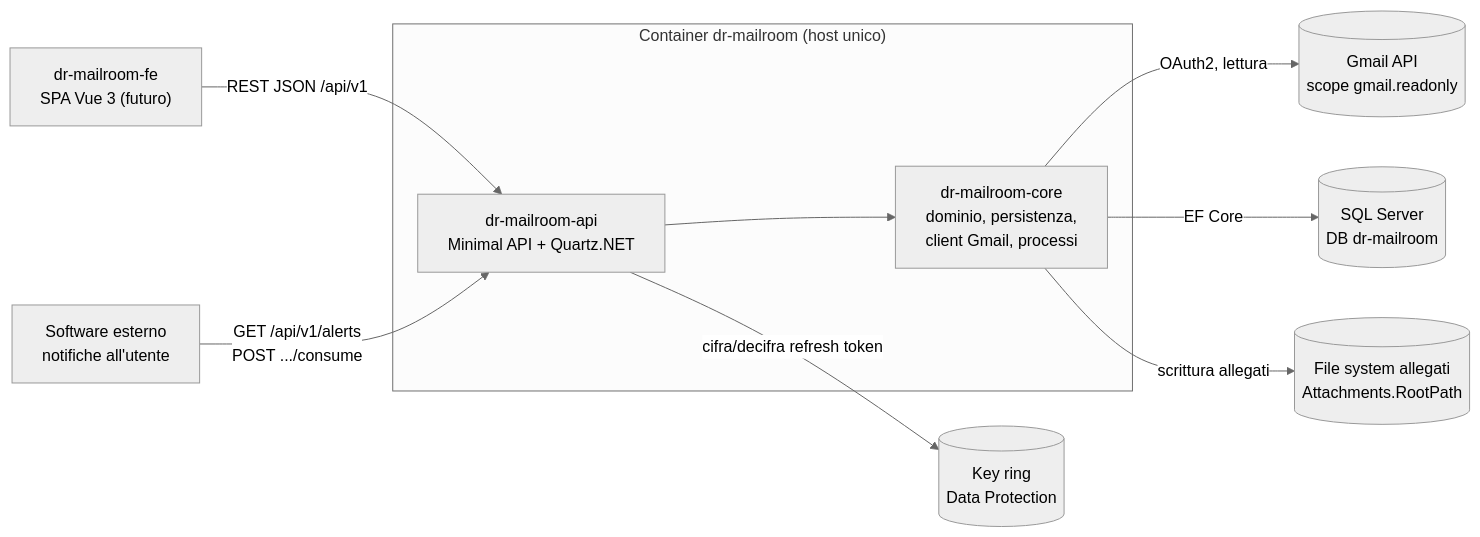
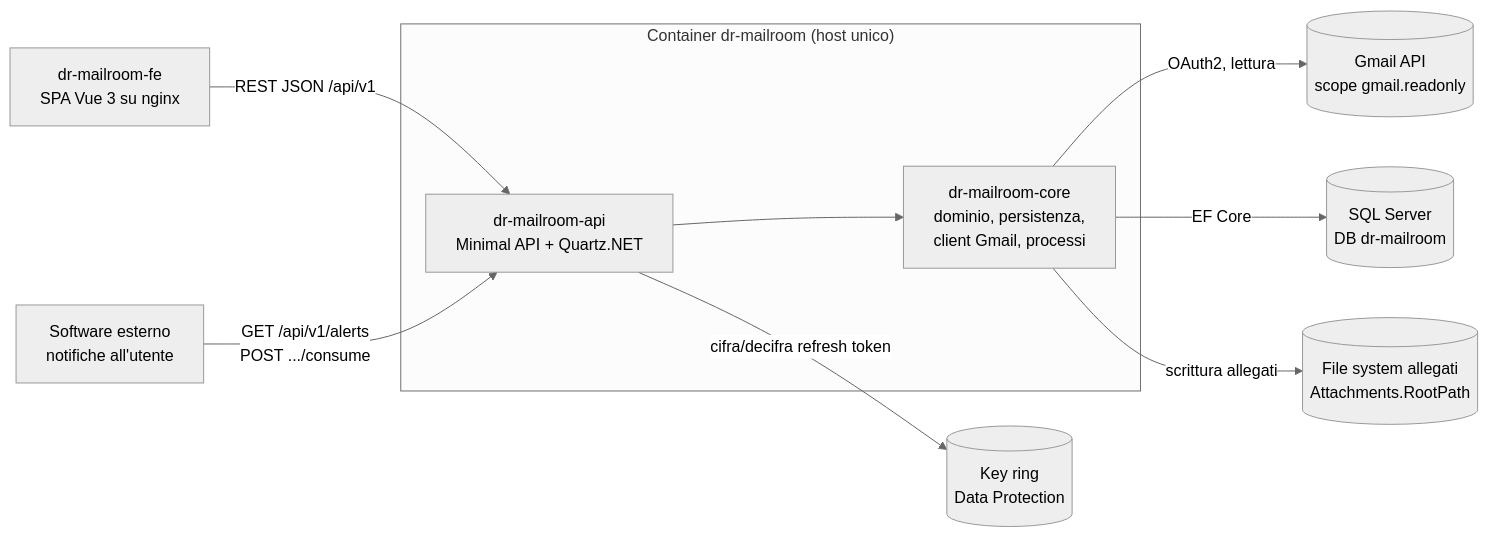
The first of 5 diagrams in docs/architettura.md (davraf-amuro/dr-mailroom), drawn with Mermaid (neutral theme) before and after one commit. The commit also changed other lines of this file and 1 other file, not shown here.

Commit message:
docs: il frontend dr-mailroom-fe esiste, link al repo e al design

````diff
--- a/docs/architettura.md
+++ b/docs/architettura.md
@@ -13,22 +13,22 @@
 ```mermaid
 flowchart LR
     subgraph container["Container dr-mailroom (host unico)"]
         api["dr-mailroom-api<br/>Minimal API + Quartz.NET"]
         core["dr-mailroom-core<br/>dominio, persistenza,<br/>client Gmail, processi"]
         api --> core
     end
 
     gmail[("Gmail API<br/>scope gmail.readonly")]
     sql[("SQL Server<br/>DB dr-mailroom")]
     fs[("File system allegati<br/>Attachments.RootPath")]
     keys[("Key ring<br/>Data Protection")]
-    fe["dr-mailroom-fe<br/>SPA Vue 3 (futuro)"]
+    fe["dr-mailroom-fe<br/>SPA Vue 3 su nginx"]
     ext["Software esterno<br/>notifiche all'utente"]
 
     core -- "OAuth2, lettura" --> gmail
     core -- "EF Core" --> sql
     core -- "scrittura allegati" --> fs
     api -- "cifra/decifra refresh token" --> keys
     fe -- "REST JSON /api/v1" --> api
     ext -- "GET /api/v1/alerts<br/>POST .../consume" --> api
 ```
````
